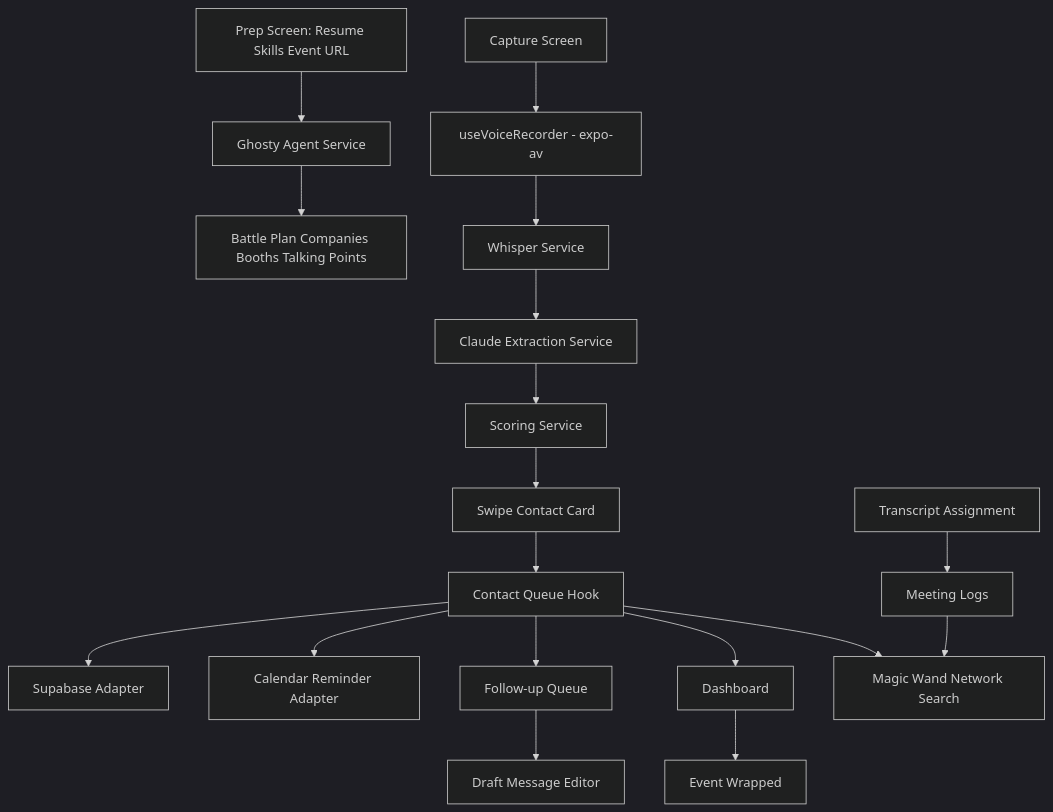
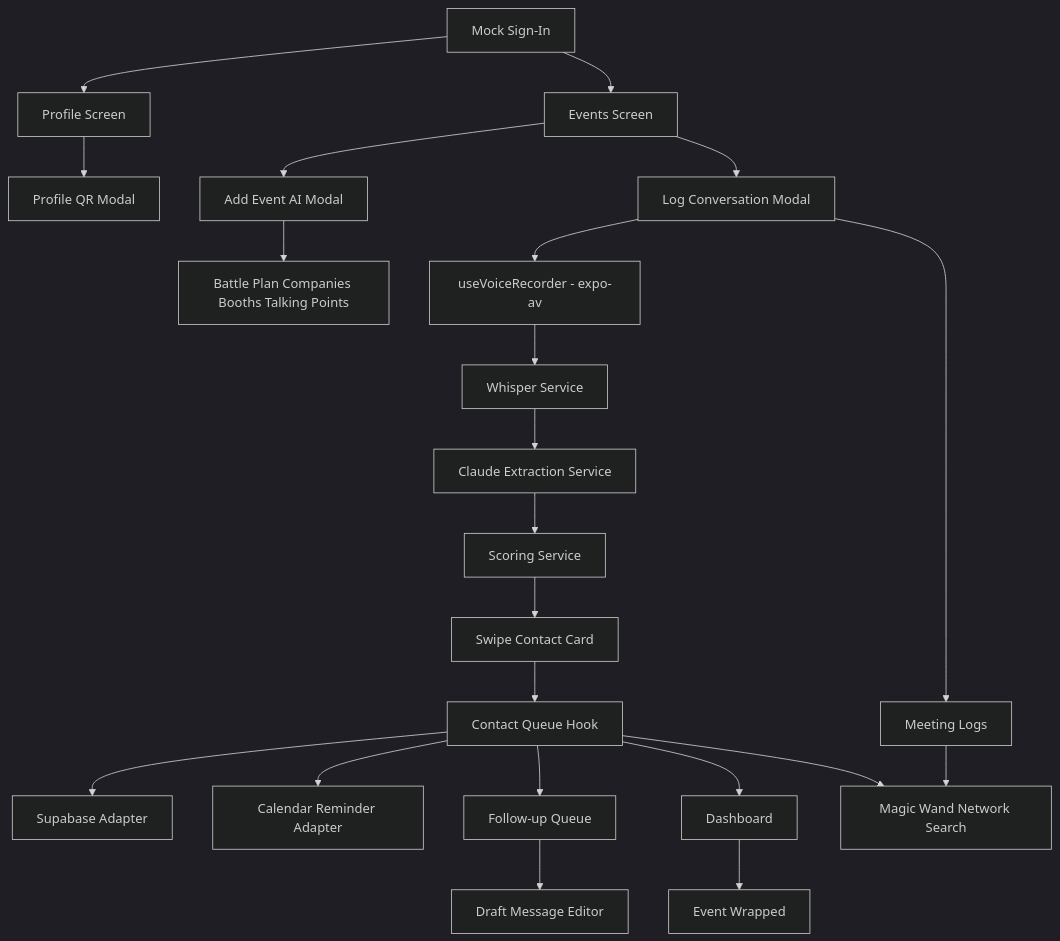
The diagram in ARCHITECTURE.md (shrey-Bish/Ghosty), drawn with Mermaid (dark theme) before and after one commit. The commit also changed other lines of this file and 11 other files, not shown here.

Commit message:
Add mock auth profile and events flows

````diff
--- a/ARCHITECTURE.md
+++ b/ARCHITECTURE.md
@@ -3,20 +3,24 @@
 ```mermaid
 flowchart TD
-  P[Prep Screen: Resume Skills Event URL] --> Q[Ghosty Agent Service]
+  S[Mock Sign-In] --> P[Profile Screen]
+  S --> EV[Events Screen]
+  P --> QR[Profile QR Modal]
+  EV --> Q[Add Event AI Modal]
   Q --> R[Battle Plan Companies Booths Talking Points]
-  A[Capture Screen] --> B[useVoiceRecorder - expo-av]
+  EV --> LCM[Log Conversation Modal]
+  LCM --> B[useVoiceRecorder - expo-av]
   B --> C[Whisper Service]
   C --> D[Claude Extraction Service]
-  D --> E[Scoring Service]
-  E --> F[Swipe Contact Card]
+  D --> SC[Scoring Service]
+  SC --> F[Swipe Contact Card]
   F --> G[Contact Queue Hook]
   G --> H[Supabase Adapter]
   G --> I[Calendar Reminder Adapter]
   G --> J[Follow-up Queue]
   G --> K[Dashboard]
   J --> L[Draft Message Editor]
   K --> M[Event Wrapped]
-  N[Transcript Assignment] --> O[Meeting Logs]
+  LCM --> O[Meeting Logs]
   O --> W[Magic Wand Network Search]
   G --> W
 ```
````
